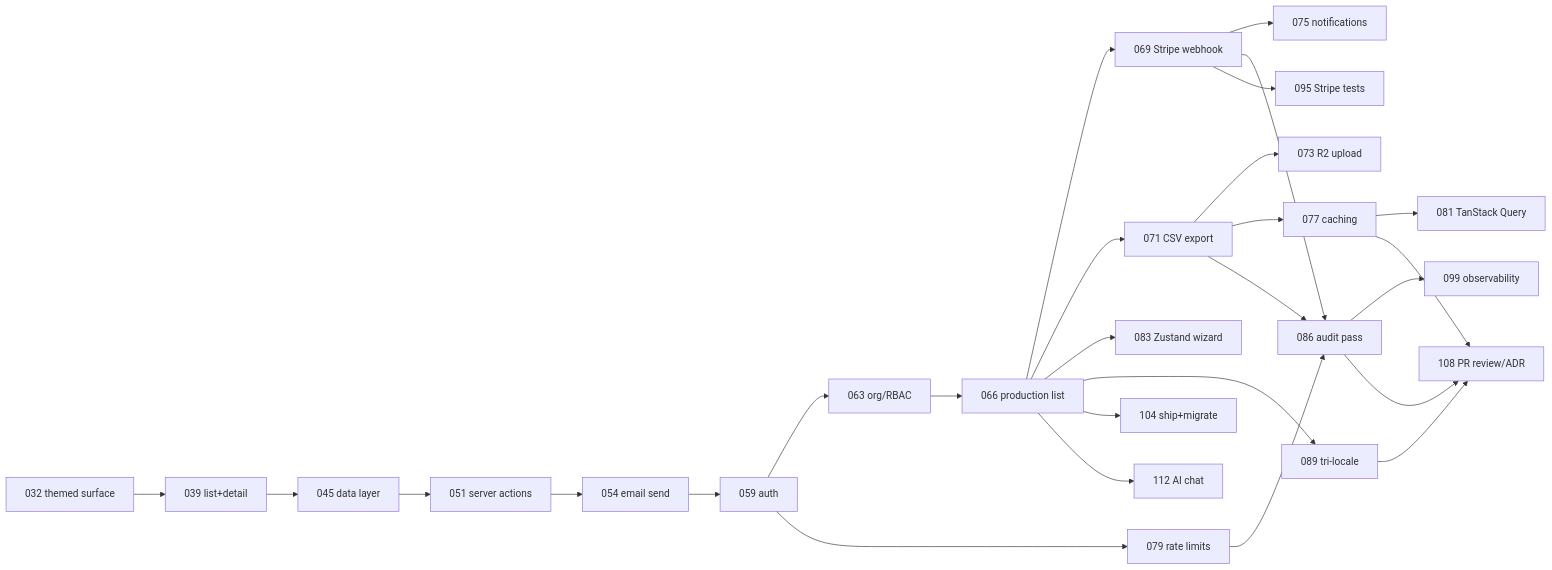
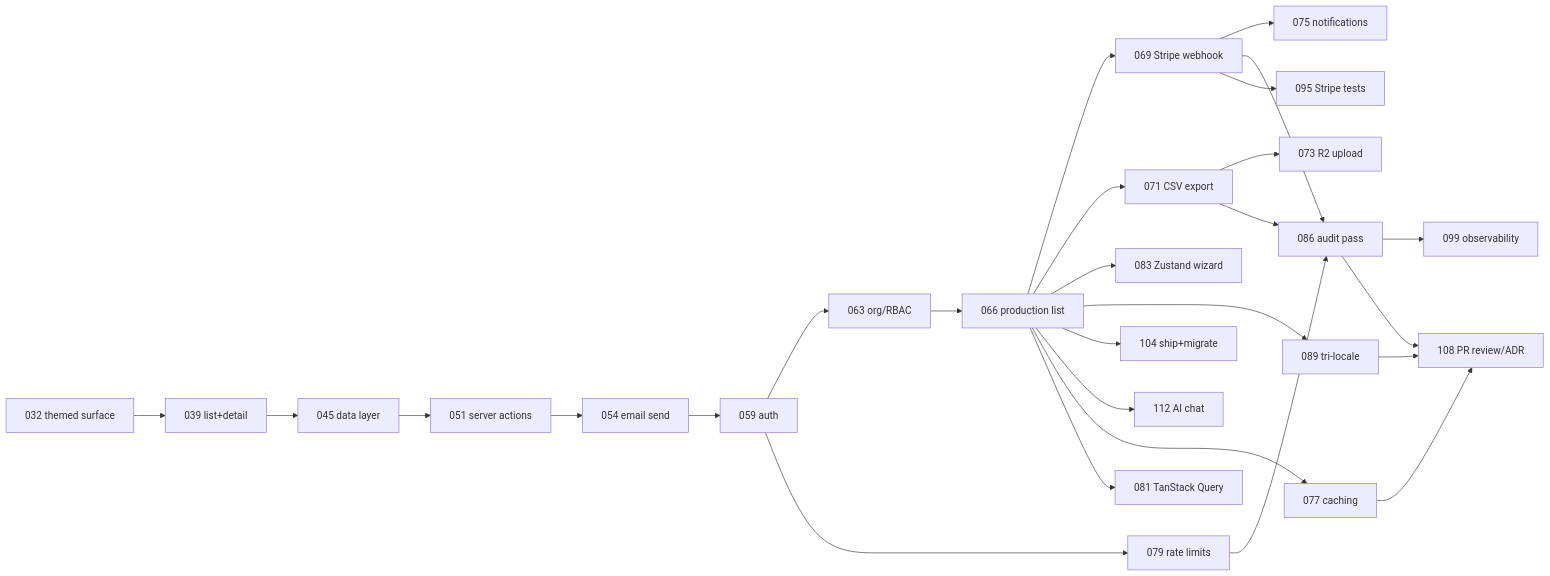
One commit to terencicp/react-saas-course changed the diagram in documentation/content/overview/Project dependencies.md. Above: the diagram before and after it, drawn with Mermaid.

Commit message:
Improve dependency graph accuracy

````diff
--- a/documentation/content/overview/Project dependencies.md
+++ b/documentation/content/overview/Project dependencies.md
@@ -5,53 +5,53 @@
 ```mermaid
 graph LR
     n032["032 themed surface"]
     n039["039 list+detail"]
     n045["045 data layer"]
     n051["051 server actions"]
     n054["054 email send"]
     n059["059 auth"]
     n063["063 org/RBAC"]
     n066["066 production list"]
     n069["069 Stripe webhook"]
     n071["071 CSV export"]
     n073["073 R2 upload"]
     n075["075 notifications"]
     n077["077 caching"]
     n079["079 rate limits"]
     n081["081 TanStack Query"]
     n083["083 Zustand wizard"]
     n086["086 audit pass"]
     n089["089 tri-locale"]
     n095["095 Stripe tests"]
     n099["099 observability"]
     n104["104 ship+migrate"]
     n108["108 PR review/ADR"]
     n112["112 AI chat"]
 
     n032 --> n039
     n039 --> n045
     n045 --> n051
     n051 --> n054
     n054 --> n059
     n059 --> n063
     n059 --> n079
     n063 --> n066
     n066 --> n069
     n066 --> n071
     n066 --> n083
     n066 --> n089
     n066 --> n104
     n066 --> n112
     n069 --> n075
     n069 --> n086
     n069 --> n095
     n071 --> n073
-    n071 --> n077
+    n066 --> n077
     n071 --> n086
-    n077 --> n081
+    n066 --> n081
     n077 --> n108
     n079 --> n086
     n086 --> n099
     n086 --> n108
     n089 --> n108
 ```
````
